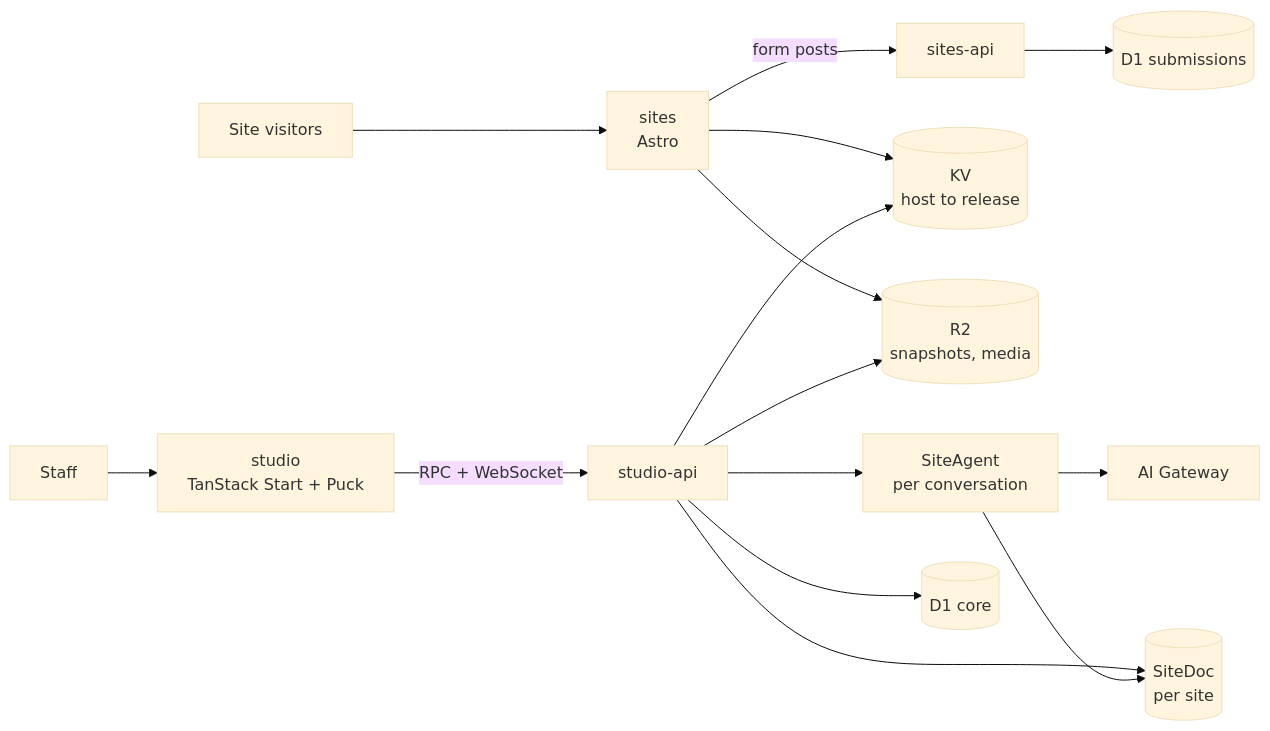
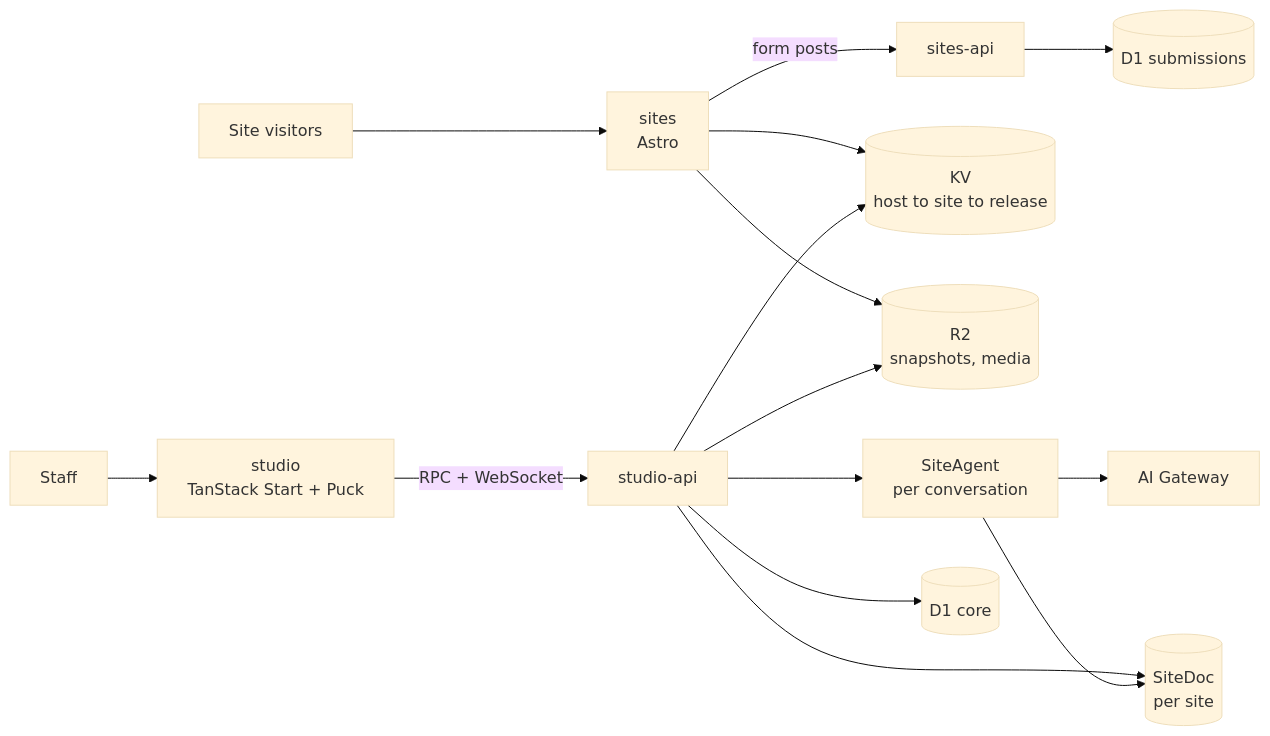
Before and after one commit to AdiRishi/pakshi: the first of 2 diagrams in docs/technical-design.mdx, drawn with Mermaid (base theme). The commit also changed other lines of this file and 5 other files, not shown here.

````diff
--- a/docs/technical-design.mdx
+++ b/docs/technical-design.mdx
@@ -16,17 +16,17 @@
 ```mermaid
 flowchart LR
   V[Site visitors] --> S[sites<br/>Astro]
   S -->|form posts| SA[sites-api]
-  S --> KV[(KV<br/>host to release)]
+  S --> KV[(KV<br/>host to site to release)]
   S --> R2[(R2<br/>snapshots, media)]
   SA --> SUB[(D1 submissions)]
   U[Staff] --> ST[studio<br/>TanStack Start + Puck]
   ST -->|RPC + WebSocket| API[studio-api]
   API --> DO[(SiteDoc<br/>per site)]
   API --> AG[SiteAgent<br/>per conversation]
   AG --> DO
   AG --> GW[AI Gateway]
   API --> CORE[(D1 core)]
   API --> R2
   API --> KV
 ```
````
